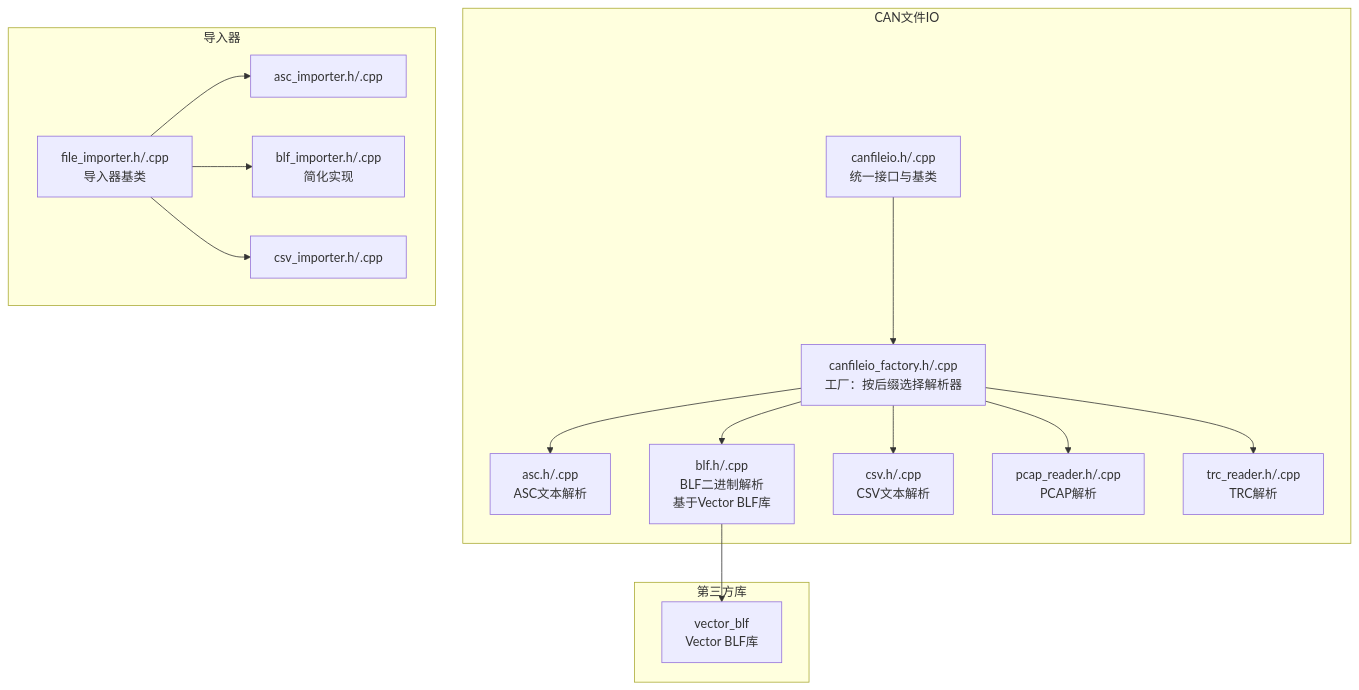
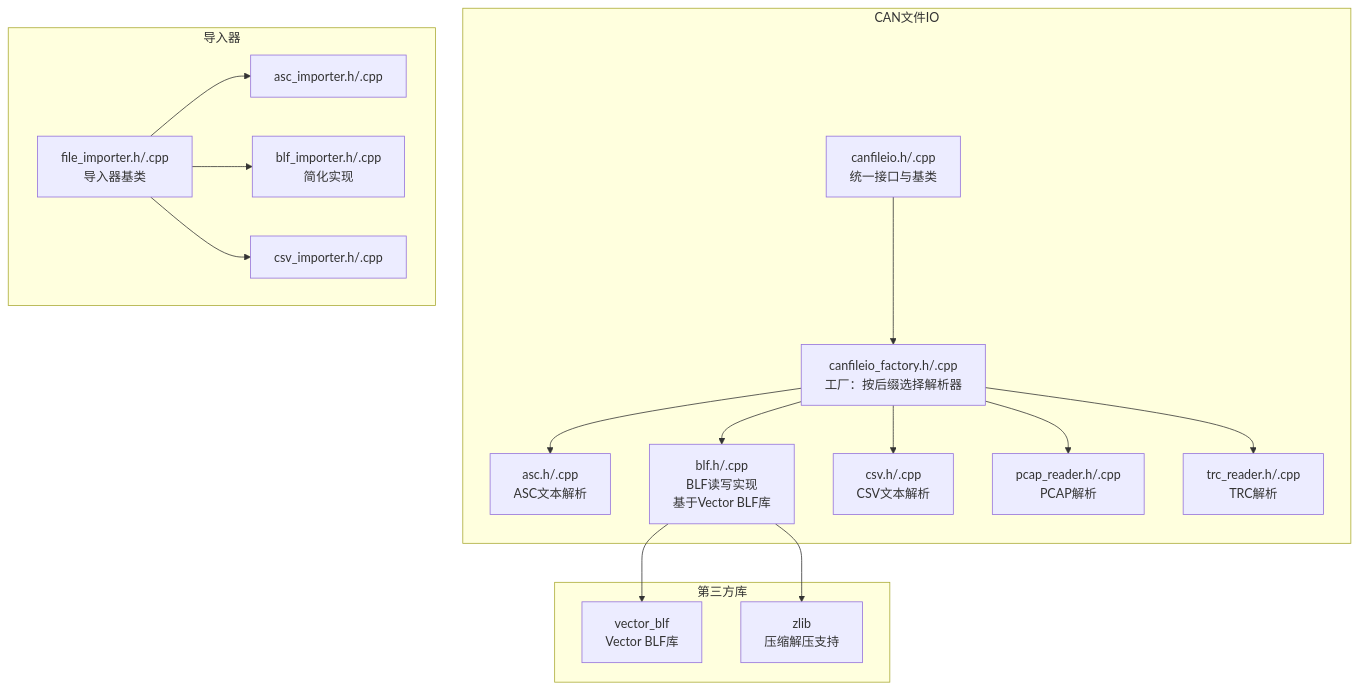
Before and after one commit to jakecai1225-design/OpenBus: the first of 11 diagrams in .qoder/repowiki/zh/content/核心模块详解/CAN文件IO系统.md, drawn with Mermaid. The commit also changed other lines of this file and 38 other files, not shown here.

````diff
--- a/.qoder/repowiki/zh/content/核心模块详解/CAN文件IO系统.md
+++ b/.qoder/repowiki/zh/content/核心模块详解/CAN文件IO系统.md
@@ -58,31 +60,33 @@
 ```mermaid
 graph TB
 subgraph "CAN文件IO"
 A["canfileio.h/.cpp<br/>统一接口与基类"]
 B["canfileio_factory.h/.cpp<br/>工厂：按后缀选择解析器"]
 C["asc.h/.cpp<br/>ASC文本解析"]
-D["blf.h/.cpp<br/>BLF二进制解析<br/>基于Vector BLF库"]
+D["blf.h/.cpp<br/>BLF读写实现<br/>基于Vector BLF库"]
 E["csv.h/.cpp<br/>CSV文本解析"]
 F["pcap_reader.h/.cpp<br/>PCAP解析"]
 G["trc_reader.h/.cpp<br/>TRC解析"]
 end
 subgraph "导入器"
 H["file_importer.h/.cpp<br/>导入器基类"]
 I["asc_importer.h/.cpp"]
 J["blf_importer.h/.cpp<br/>简化实现"]
 K["csv_importer.h/.cpp"]
 end
 subgraph "第三方库"
 L["vector_blf<br/>Vector BLF库"]
+M["zlib<br/>压缩解压支持"]
 end
 A --> B
 B --> C
 B --> D
 B --> E
 B --> F
 B --> G
 H --> I
 H --> J
 H --> K
 D --> L
+D --> M
 ```
````
